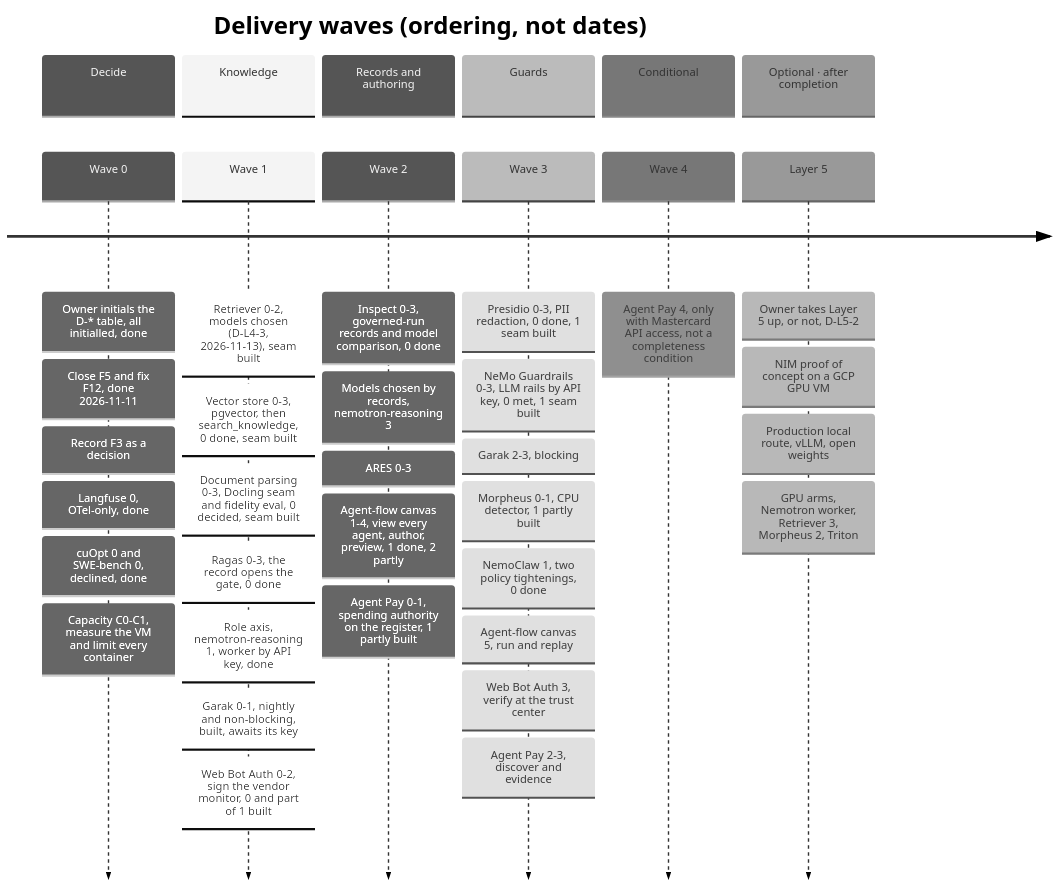
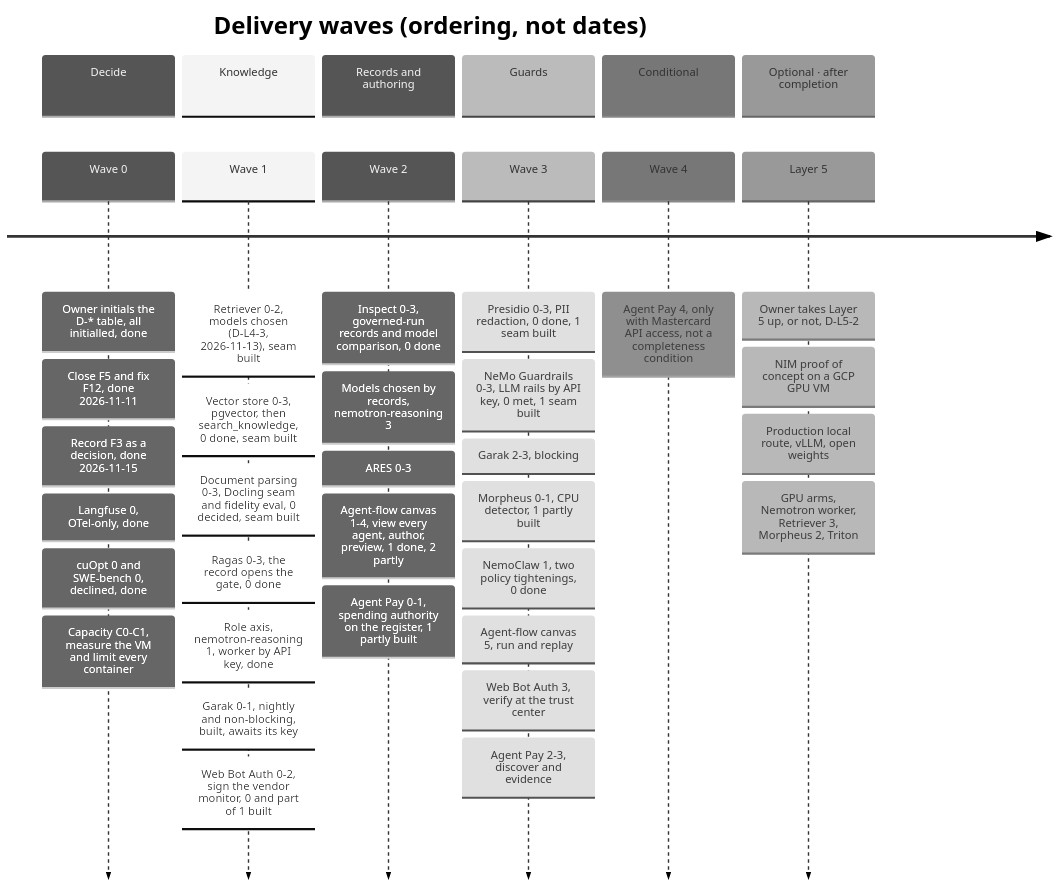
One commit to RodnaPamet/inflect-compliance changed the third of 5 diagrams in docs/ai-architecture-roadmap.md. Above: the diagram before and after it, drawn with Mermaid (neutral theme). The commit also changed other lines of this file and 1 other file, not shown here.

````diff
--- a/docs/ai-architecture-roadmap.md
+++ b/docs/ai-architecture-roadmap.md
@@ -963,41 +971,41 @@
 ```mermaid
 timeline
   title Delivery waves (ordering, not dates)
   section Decide
     Wave 0 : Owner initials the D-* table, all initialled, done
            : Close F5 and fix F12, done 2026-11-11
-           : Record F3 as a decision
+           : Record F3 as a decision, done 2026-11-15
            : Langfuse 0, OTel-only, done
            : cuOpt 0 and SWE-bench 0, declined, done
            : Capacity C0-C1, measure the VM and limit every container
   section Knowledge
     Wave 1 : Retriever 0-2, models chosen (D-L4-3, 2026-11-13), seam built
            : Vector store 0-3, pgvector, then search_knowledge, 0 done, seam built
            : Document parsing 0-3, Docling seam and fidelity eval, 0 decided, seam built
            : Ragas 0-3, the record opens the gate, 0 done
            : Role axis, nemotron-reasoning 1, worker by API key, done
            : Garak 0-1, nightly and non-blocking, built, awaits its key
            : Web Bot Auth 0-2, sign the vendor monitor, 0 and part of 1 built
   section Records and authoring
     Wave 2 : Inspect 0-3, governed-run records and model comparison, 0 done
            : Models chosen by records, nemotron-reasoning 3
            : ARES 0-3
            : Agent-flow canvas 1-4, view every agent, author, preview, 1 done, 2 partly
            : Agent Pay 0-1, spending authority on the register, 1 partly built
   section Guards
     Wave 3 : Presidio 0-3, PII redaction, 0 done, 1 seam built
            : NeMo Guardrails 0-3, LLM rails by API key, 0 met, 1 seam built
            : Garak 2-3, blocking
            : Morpheus 0-1, CPU detector, 1 partly built
            : NemoClaw 1, two policy tightenings, 0 done
            : Agent-flow canvas 5, run and replay
            : Web Bot Auth 3, verify at the trust center
            : Agent Pay 2-3, discover and evidence
   section Conditional
     Wave 4 : Agent Pay 4, only with Mastercard API access, not a completeness condition
   section Optional · after completion
     Layer 5 : Owner takes Layer 5 up, or not, D-L5-2
             : NIM proof of concept on a GCP GPU VM
             : Production local route, vLLM, open weights
             : GPU arms, Nemotron worker, Retriever 3, Morpheus 2, Triton
 ```
````
